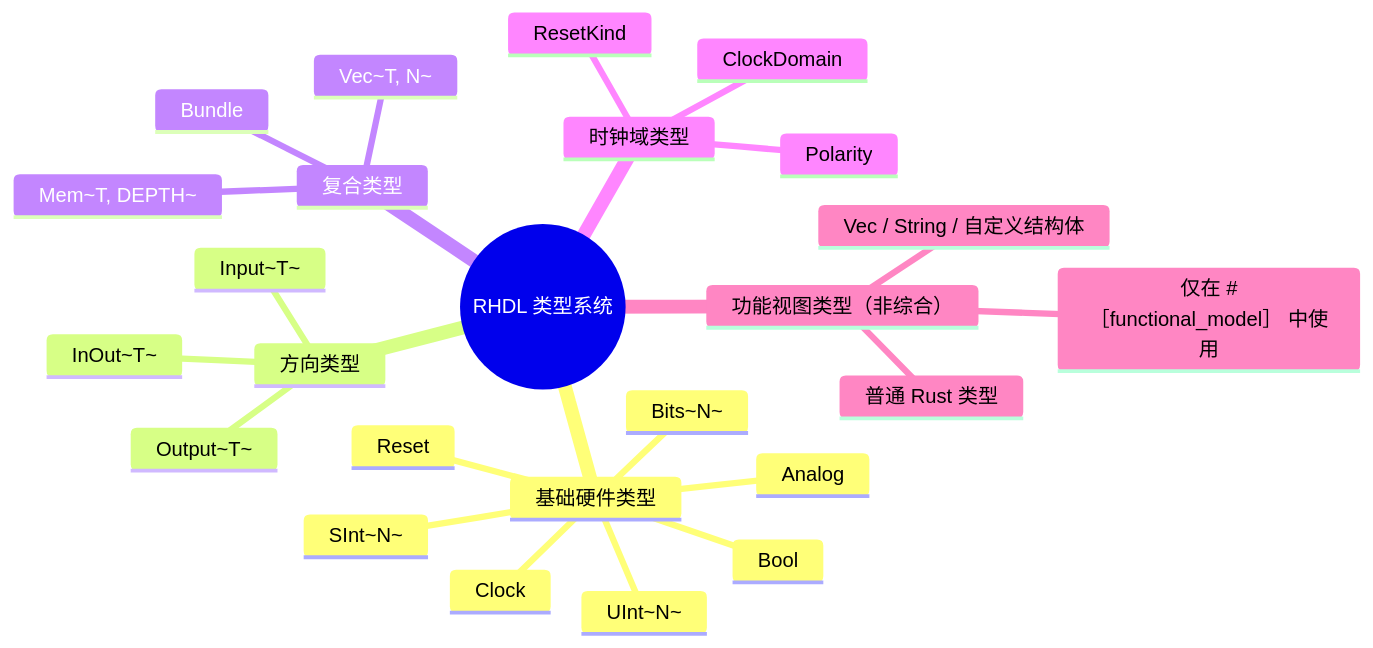
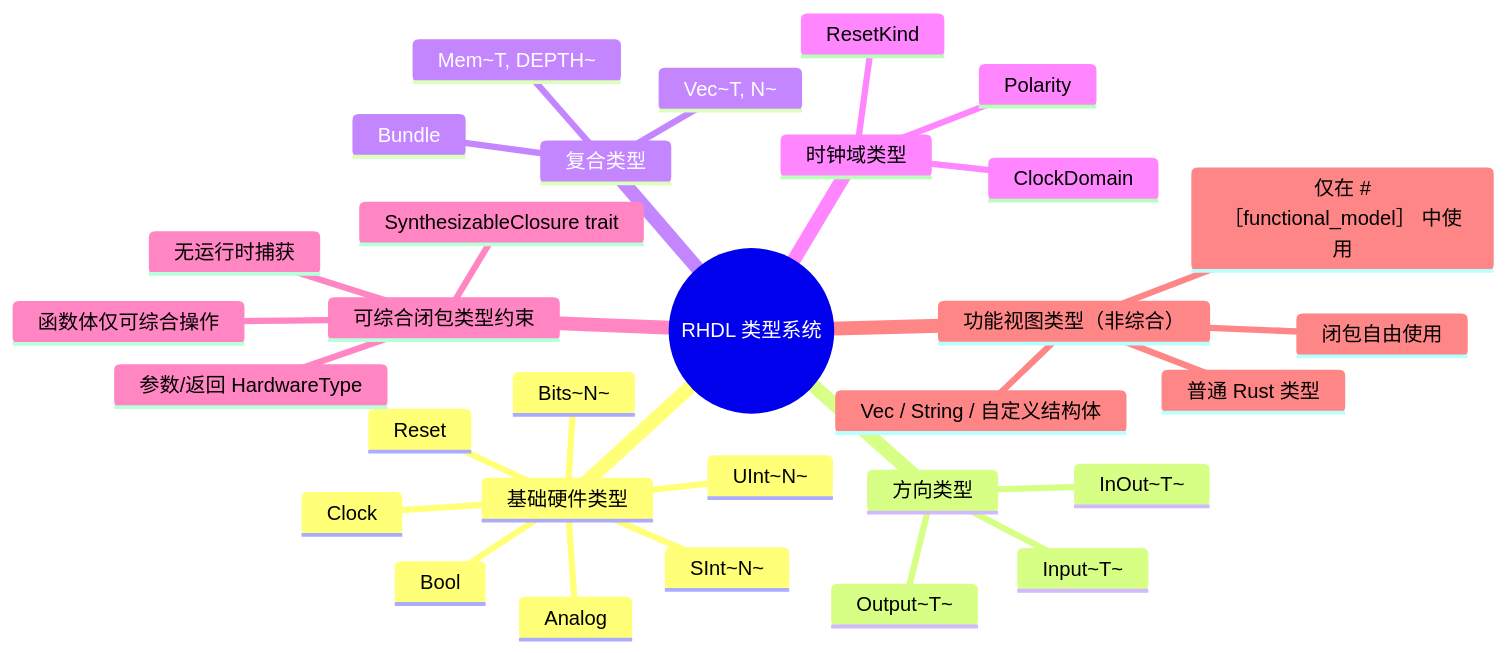
The first of 18 diagrams in docs/requirements/5. 类型系统.md (TangCan/bitloom), drawn with Mermaid before and after one commit. The commit also changed other lines of this file and 17 other files, not shown here.

````diff
--- a/docs/requirements/5. 类型系统.md
+++ b/docs/requirements/5. 类型系统.md
@@ -9,29 +7,34 @@
 ```mermaid
 mindmap
   root((RHDL 类型系统))
     基础硬件类型
       Bool
       Bits~N~
       UInt~N~
       SInt~N~
       Clock
       Reset
       Analog
     方向类型
       Input~T~
       Output~T~
       InOut~T~
     复合类型
       Bundle
       Vec~T, N~
       Mem~T, DEPTH~
     时钟域类型
       ClockDomain
       Polarity
       ResetKind
+    可综合闭包类型约束
+      SynthesizableClosure trait
+      无运行时捕获
+      参数/返回 HardwareType
+      函数体仅可综合操作
     功能视图类型（非综合）
       普通 Rust 类型
       Vec / String / 自定义结构体
+      闭包自由使用
       仅在 #［functional_model］ 中使用
-
 ```
````
